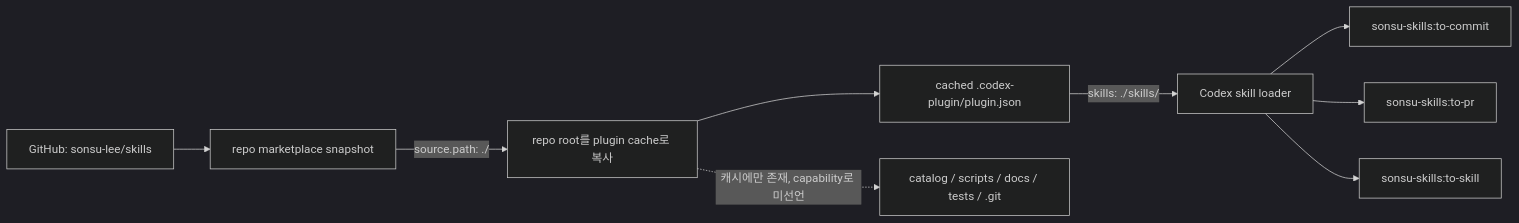
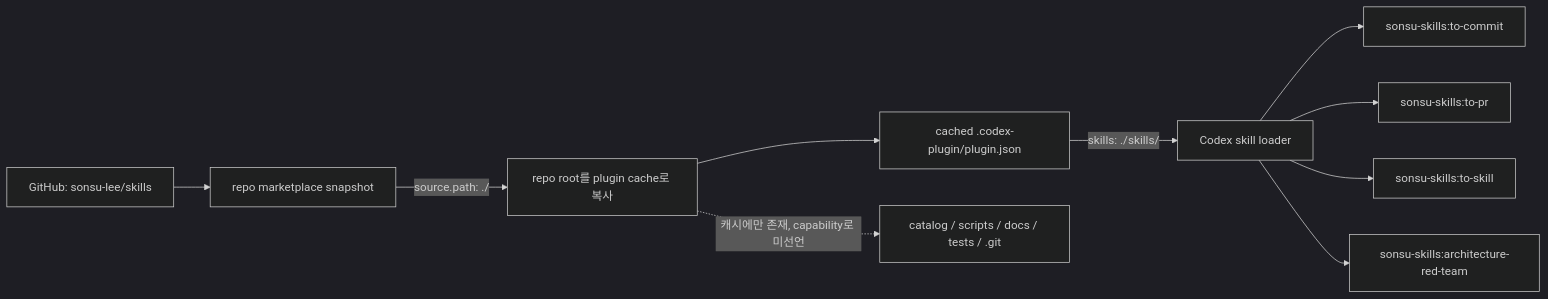
One commit to sonsu-lee/skills changed the diagram in docs/DESIGN.md. Above: the diagram before and after it, drawn with Mermaid (dark theme). The commit also changed other lines of this file and 1 other file, not shown here.

Commit message:
docs(architecture): document the red-team skill

````diff
--- a/docs/DESIGN.md
+++ b/docs/DESIGN.md
@@ -135,11 +135,12 @@
 ```mermaid
 flowchart LR
     A["GitHub: sonsu-lee/skills"] --> B["repo marketplace snapshot"]
     B -->|"source.path: ./"| C["repo root를 plugin cache로 복사"]
     C --> D["cached .codex-plugin/plugin.json"]
     D -->|"skills: ./skills/"| E["Codex skill loader"]
     E --> F["sonsu-skills:to-commit"]
     E --> G["sonsu-skills:to-pr"]
     E --> H["sonsu-skills:to-skill"]
+    E --> J["sonsu-skills:architecture-red-team"]
     C -. "캐시에만 존재, capability로 미선언" .-> I["catalog / scripts / docs / tests / .git"]
 ```
````
